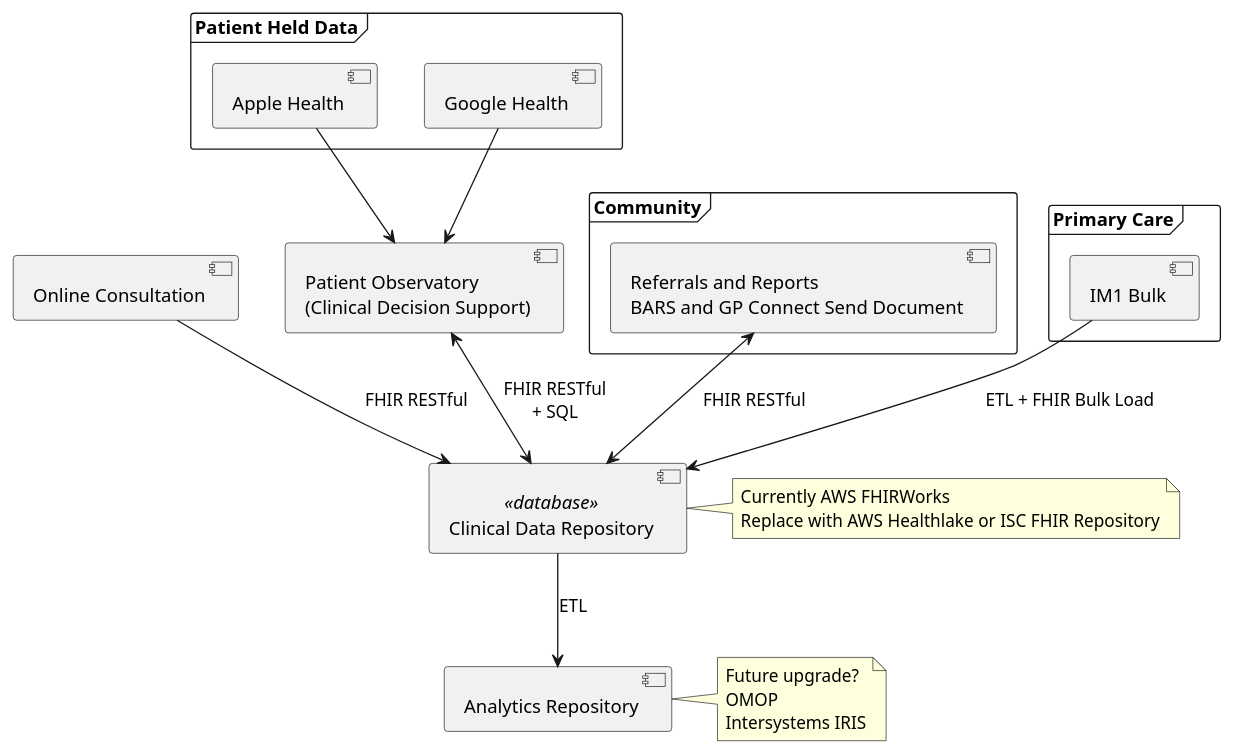
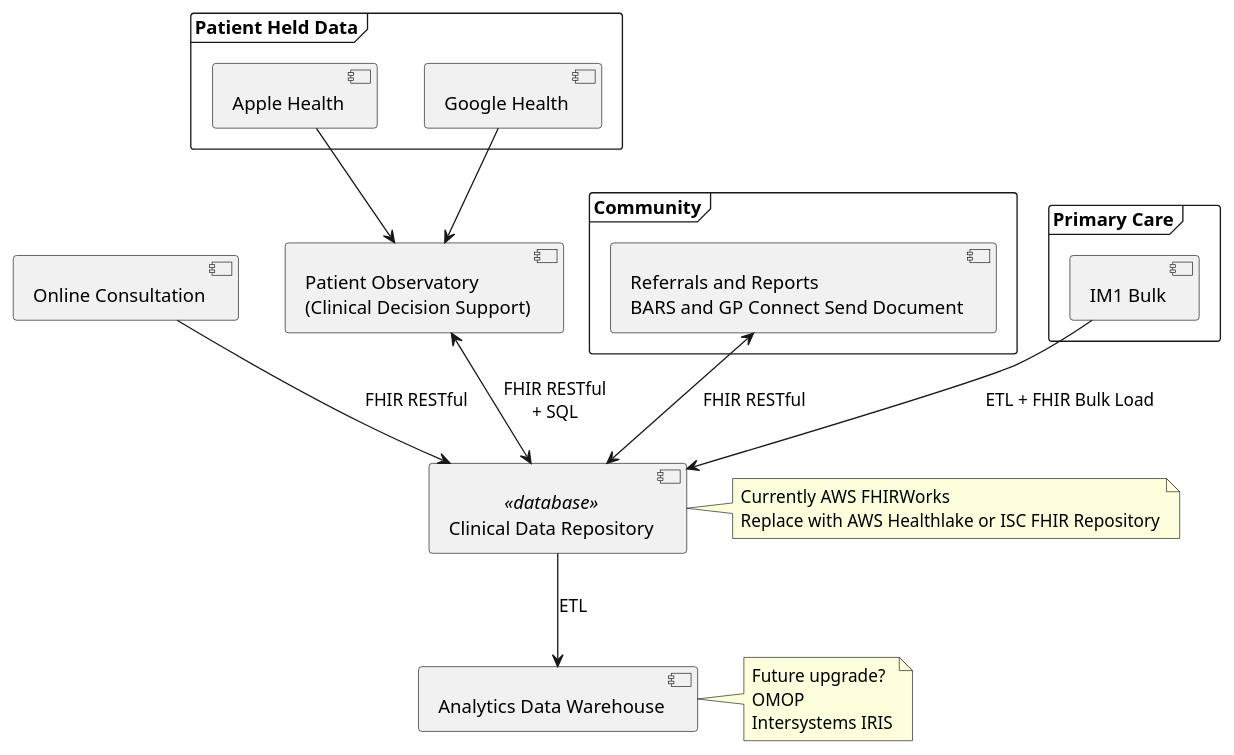
Before and after one commit to Virtually-Healthcare/virtually-healthcare.github.com: the diagram in input/images-source/component-analytics.plantuml, drawn with PlantUML.

Commit message:
Design Overview

```diff
--- a/input/images-source/component-analytics.plantuml
+++ b/input/images-source/component-analytics.plantuml
@@ -2,51 +2,49 @@
   @startuml
-
-    skinparam svgDimensionStyle false
 
     component "Online Consultation" as triage
 
     frame "Patient Held Data" as phr {
       component "Apple Health" as Apple
       component "Google Health" as Google
     }
 
     frame "Community" as community {
     component "Referrals and Reports\nBARS and GP Connect Send Document" as bars
     }
 
     frame "Primary Care" as pc {
       component "IM1 Bulk" as im1
     }
     component "Patient Observatory\n(Clinical Decision Support)" as obs
 
     component "Clinical Data Repository" as CDR <<database>>
 
-    component "Analytics Repository" as omop
+    component "Analytics Data Warehouse" as omop
 
     triage --> CDR  : FHIR RESTful
     Apple --> obs
     Google --> obs
 
     obs <--> CDR : FHIR RESTful\n+ SQL
 
     bars <--> CDR: FHIR RESTful
 
     im1 --> CDR : ETL + FHIR Bulk Load
 
     CDR --> omop : ETL
 
     note as OMOP
       Future upgrade?
       OMOP
       Intersystems IRIS
     end note
 
     note as FHIR
       Currently AWS FHIRWorks
       Replace with AWS Healthlake or ISC FHIR Repository
     end note
 
     OMOP .l. omop
     FHIR .l. CDR
 
   @enduml
```
